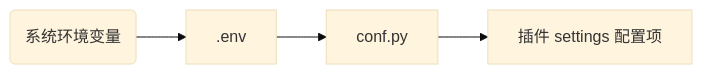
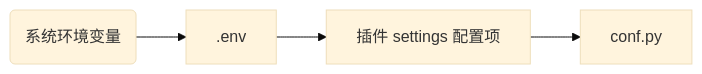
Before and after one commit to fastapi-practices/fastapi_best_architecture_docs: the diagram in docs/plugin/dev.md, drawn with Mermaid (base theme). The commit also changed other lines of this file and 3 other files, not shown here.

````diff
--- a/docs/plugin/dev.md
+++ b/docs/plugin/dev.md
@@ -231,6 +252,6 @@
 ```mermaid
 graph LR
     System("系统环境变量") --> DotEnv[".env"]
-    DotEnv --> Settings["conf.py"]
-    Settings --> Plugin["插件 settings 配置项"]
+    DotEnv --> Plugin["插件 settings 配置项"]
+    Plugin --> Defaults["conf.py"]
 ```
````
